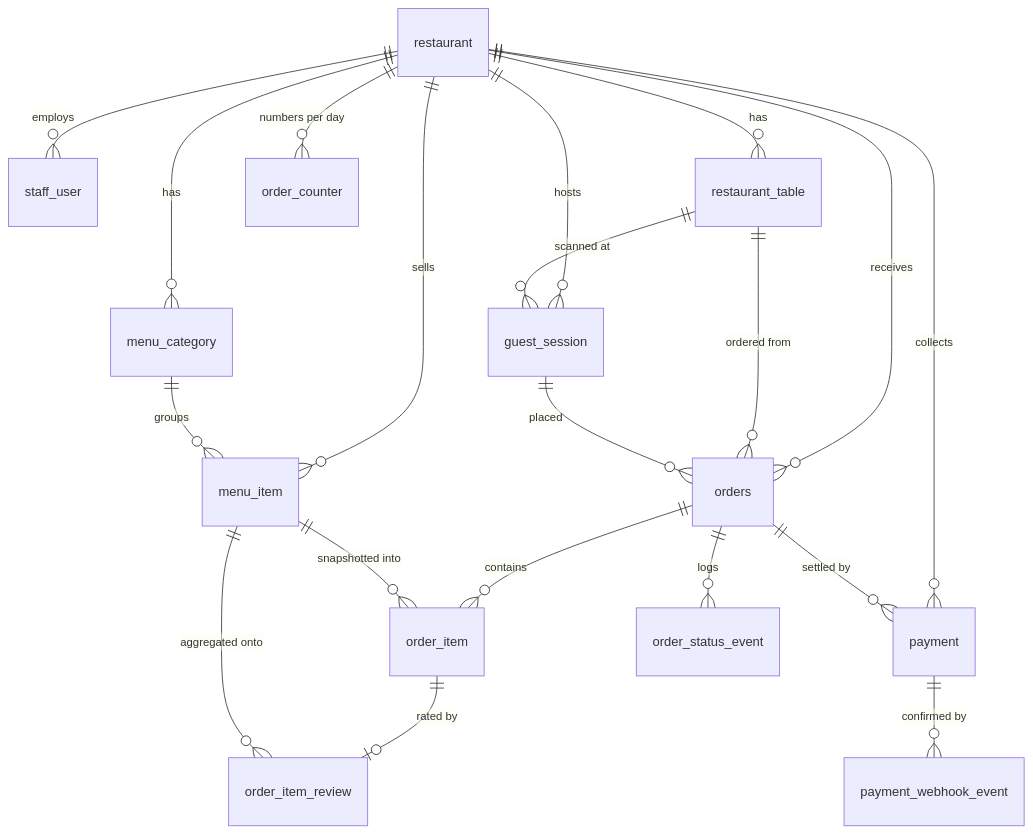
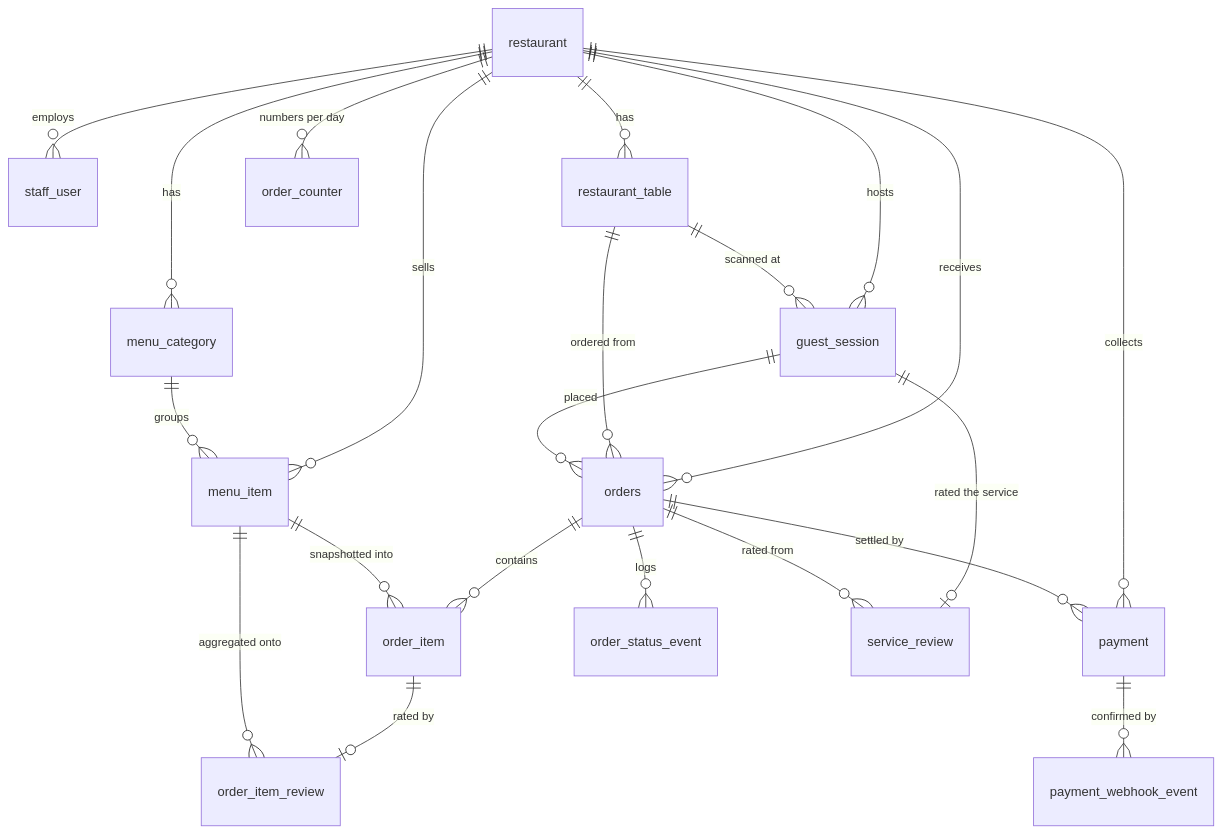
One commit to Adnankhan690/tableX changed the diagram in docs/LLD.md. Above: the diagram before and after it, drawn with Mermaid. The commit also changed other lines of this file and 32 other files, not shown here.

Commit message:
add rating/review for service

````diff
--- a/docs/LLD.md
+++ b/docs/LLD.md
@@ -144,27 +163,29 @@
 ```mermaid
 erDiagram
     restaurant ||--o{ staff_user : "employs"
     restaurant ||--o{ restaurant_table : "has"
     restaurant ||--o{ menu_category : "has"
     restaurant ||--o{ menu_item : "sells"
     restaurant ||--o{ order_counter : "numbers per day"
     restaurant ||--o{ orders : "receives"
     restaurant ||--o{ guest_session : "hosts"
     restaurant ||--o{ payment : "collects"
 
     menu_category ||--o{ menu_item : "groups"
 
     restaurant_table ||--o{ guest_session : "scanned at"
     restaurant_table ||--o{ orders : "ordered from"
 
     guest_session ||--o{ orders : "placed"
 
     orders ||--o{ order_item : "contains"
     orders ||--o{ order_status_event : "logs"
     orders ||--o{ payment : "settled by"
 
     menu_item ||--o{ order_item : "snapshotted into"
     order_item ||--o| order_item_review : "rated by"
     menu_item ||--o{ order_item_review : "aggregated onto"
+    guest_session ||--o| service_review : "rated the service"
+    orders ||--o{ service_review : "rated from"
     payment ||--o{ payment_webhook_event : "confirmed by"
 ```
````
